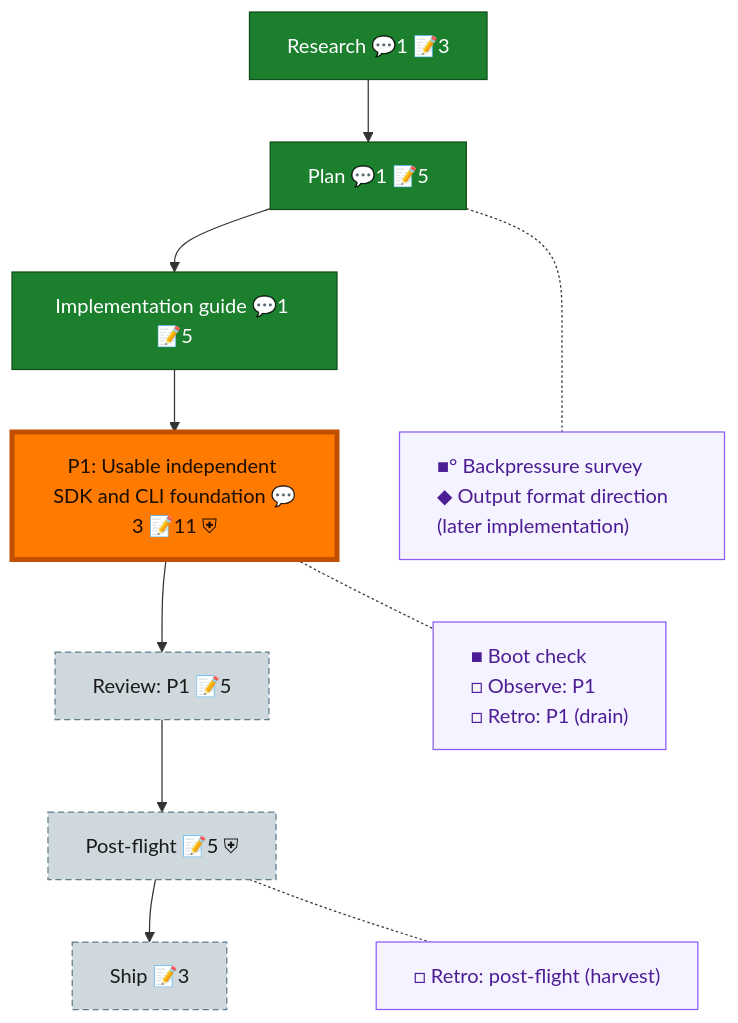
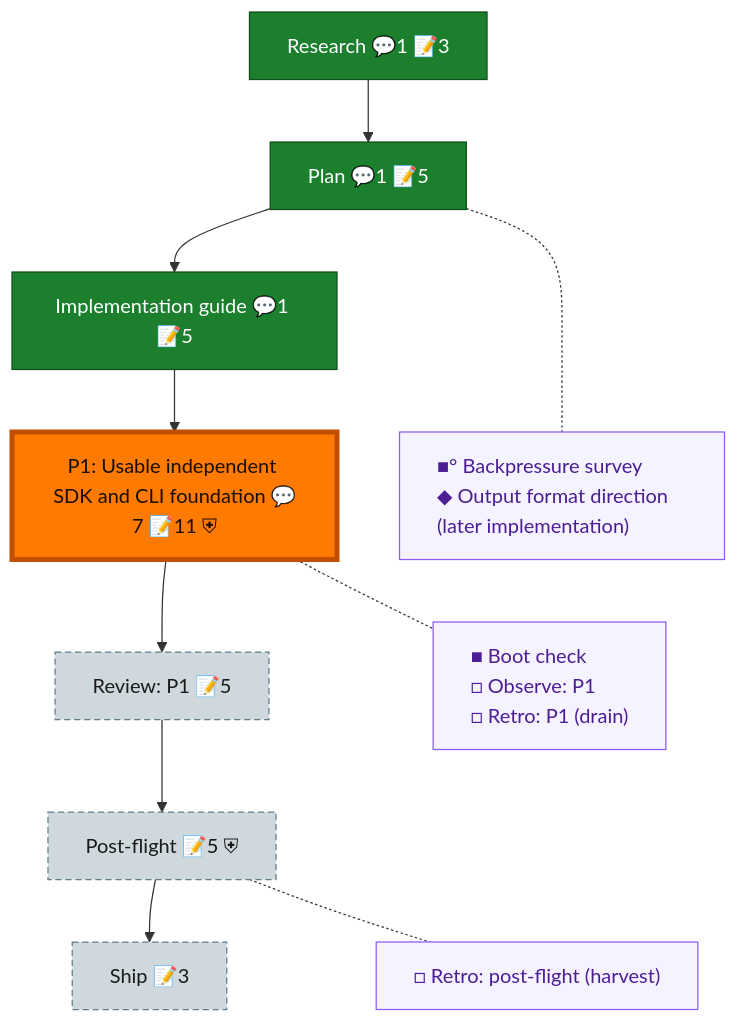
Before and after one commit to AI-Substrate/Unisphere: the diagram in docs/plans/001-sdk-cli-foundation/the-flow.md, drawn with Mermaid. The commit also changed other lines of this file and 59 other files, not shown here.

````diff
--- a/docs/plans/001-sdk-cli-foundation/the-flow.md
+++ b/docs/plans/001-sdk-cli-foundation/the-flow.md
@@ -8,31 +8,31 @@
 ```mermaid
 flowchart TD
     research["Research 💬1 📝3"]:::done
     plan["Plan 💬1 📝5"]:::done
     impl_guide["Implementation guide 💬1 📝5"]:::done
-    phase_1["P1: Usable independent SDK and CLI foundation 💬3 📝11 ⛨"]:::wip
+    phase_1["P1: Usable independent SDK and CLI foundation 💬7 📝11 ⛨"]:::wip
     review_1["Review: P1 📝5"]:::assumed
     post_flight["Post-flight 📝5 ⛨"]:::assumed
     ship["Ship 📝3"]:::assumed
 
     research --> plan --> impl_guide --> phase_1 --> review_1 --> post_flight --> ship
 
     planC["■° Backpressure survey<br/>◆ Output format direction (later implementation)"]:::chore
     phase_1C["■ Boot check<br/>□ Observe: P1<br/>□ Retro: P1 (drain)"]:::chore
     post_flightC["□ Retro: post-flight (harvest)"]:::chore
 
     %% invisible chain holds the gutter boxes in their own column
     planC ~~~ phase_1C ~~~ post_flightC
 
     %% dotted links pull each gutter box beside its node
     plan -.- planC
     phase_1 -.- phase_1C
     post_flight -.- post_flightC
 
     classDef done fill:#1B7F2E,stroke:#0F4F1B,color:#fff;
     classDef wip fill:#43C04A,stroke:#1B7F2E,color:#04210A;
     classDef assumed fill:#CFD8DC,stroke:#607D8B,color:#1a1a1a,stroke-dasharray:5 3;
     classDef chore fill:#f5f3ff,stroke:#8b5cf6,color:#4c1d95,text-align:left;
     classDef current fill:#FF7A00,stroke:#C24E00,color:#1a0e00,stroke-width:4px;
     class phase_1 current;
 ```
````
